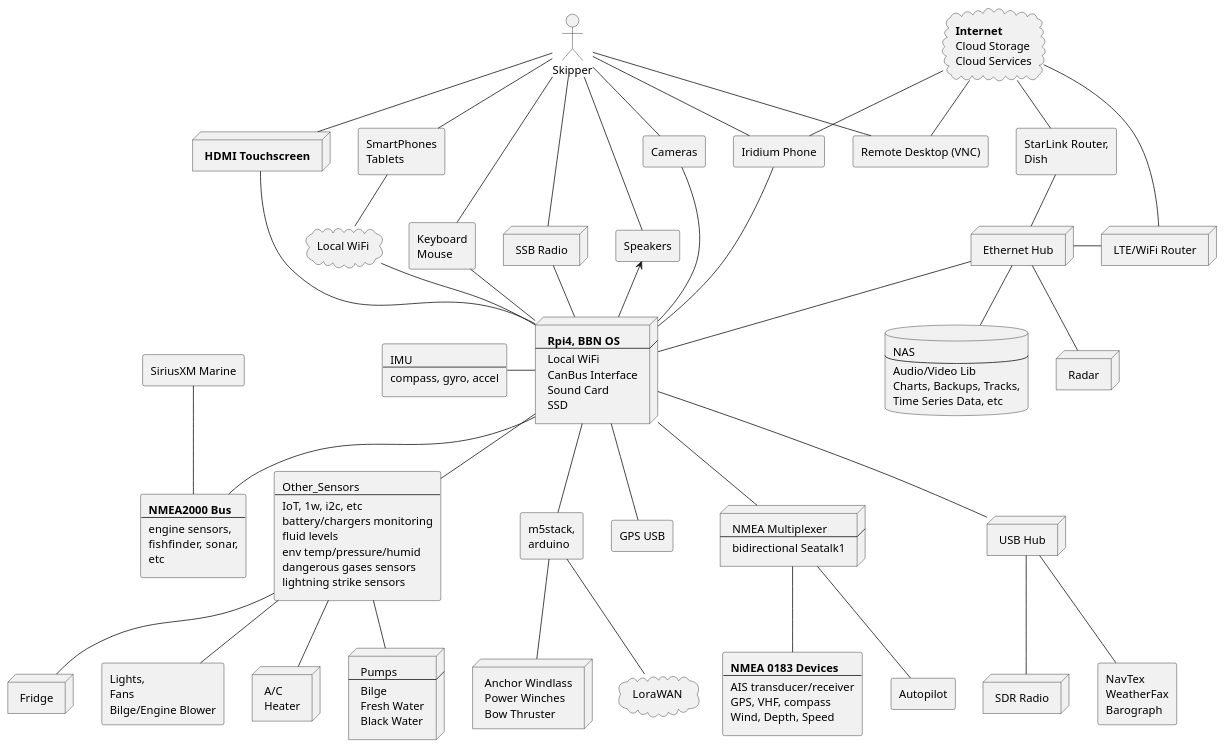
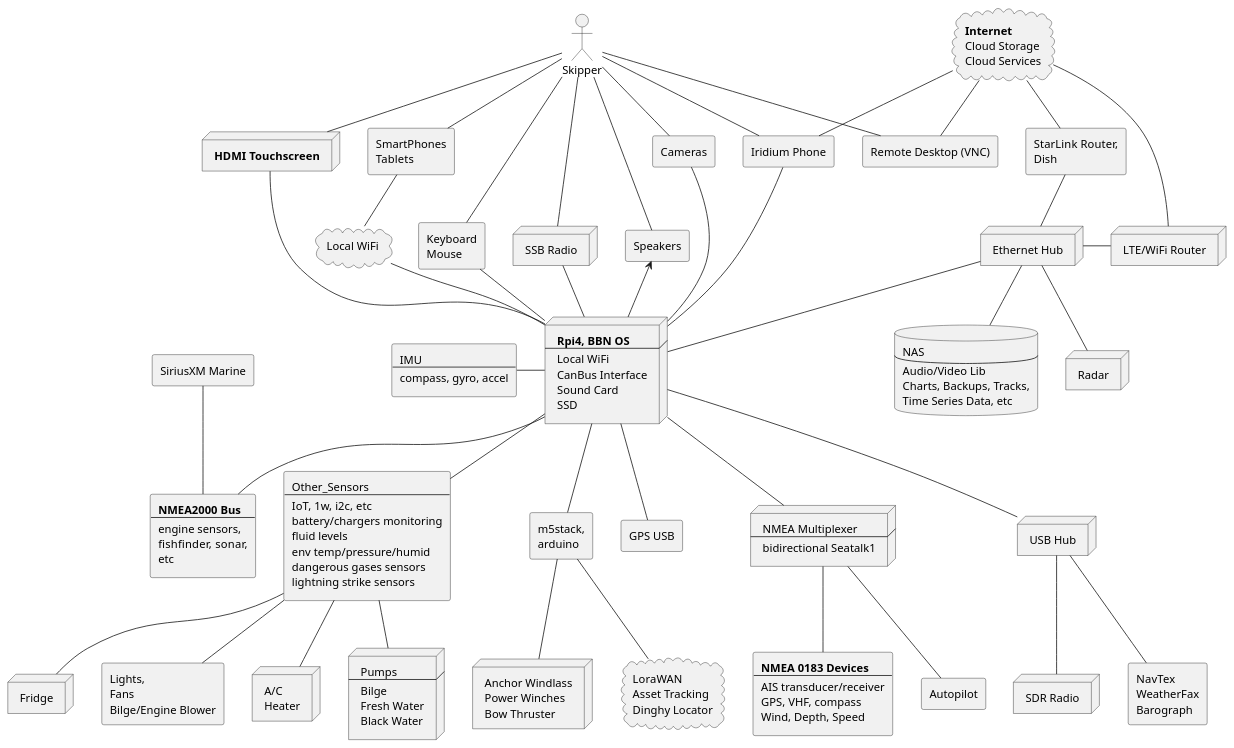
Before and after one commit to bareboat-necessities/my-bareboat: the diagram in docs/plantuml/system-arch.puml, drawn with PlantUML. The commit also changed 1 other file, not shown here.

Commit message:
better diagrams

```diff
--- a/docs/plantuml/system-arch.puml
+++ b/docs/plantuml/system-arch.puml
@@ -178,6 +178,8 @@
 
 cloud Lora [
  LoraWAN
+ Asset Tracking
+ Dinghy Locator
 ]
 
 rectangle Esp32 [
```
